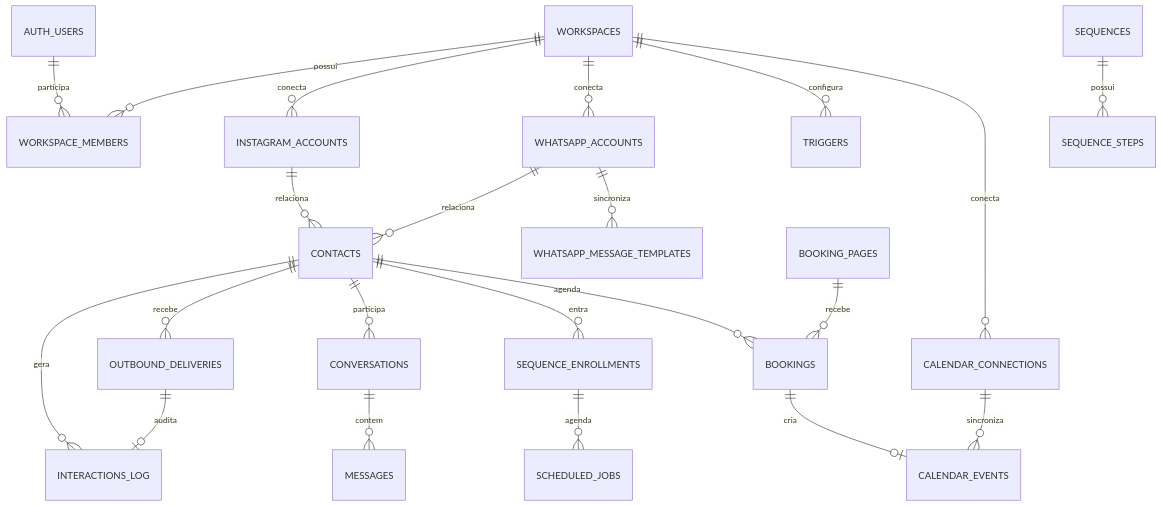
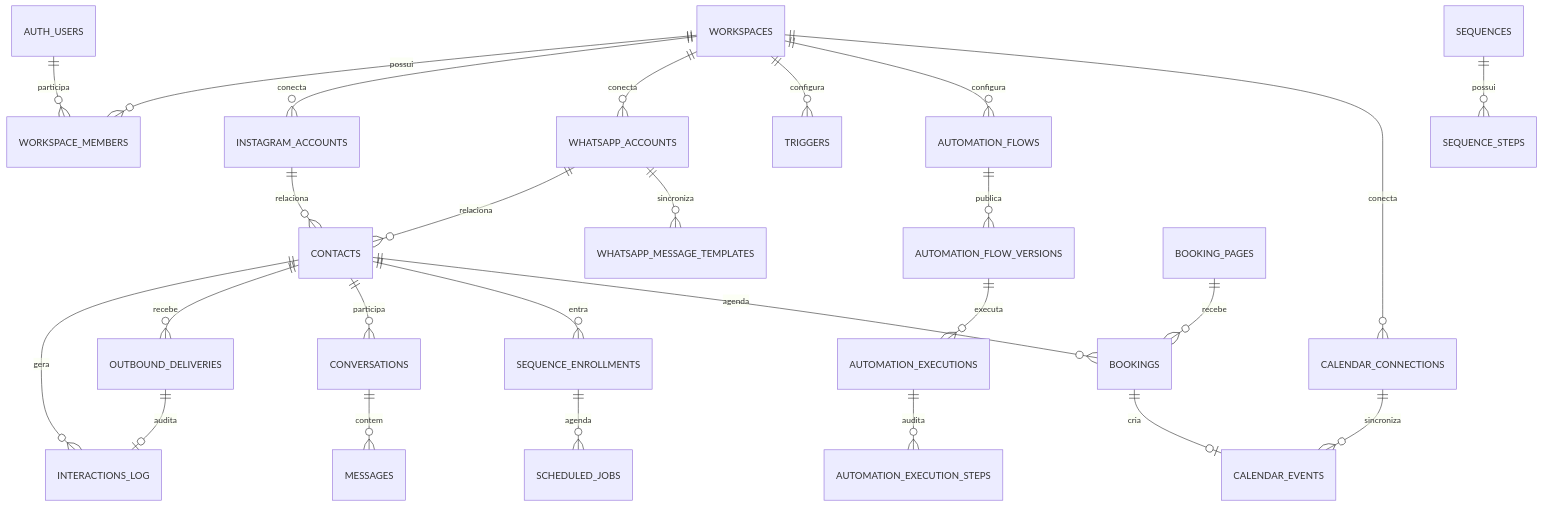
The diagram in docs/BANCO_DE_DADOS.md (ShunWalChin/WalChat), drawn with Mermaid before and after one commit. The commit also changed other lines of this file and 17 other files, not shown here.

````diff
--- a/docs/BANCO_DE_DADOS.md
+++ b/docs/BANCO_DE_DADOS.md
@@ -7,24 +7,28 @@
 ```mermaid
 erDiagram
     AUTH_USERS ||--o{ WORKSPACE_MEMBERS : participa
     WORKSPACES ||--o{ WORKSPACE_MEMBERS : possui
     WORKSPACES ||--o{ INSTAGRAM_ACCOUNTS : conecta
     WORKSPACES ||--o{ WHATSAPP_ACCOUNTS : conecta
     INSTAGRAM_ACCOUNTS ||--o{ CONTACTS : relaciona
     WHATSAPP_ACCOUNTS ||--o{ CONTACTS : relaciona
     WHATSAPP_ACCOUNTS ||--o{ WHATSAPP_MESSAGE_TEMPLATES : sincroniza
     CONTACTS ||--o{ INTERACTIONS_LOG : gera
     CONTACTS ||--o{ OUTBOUND_DELIVERIES : recebe
     OUTBOUND_DELIVERIES ||--o| INTERACTIONS_LOG : audita
     CONTACTS ||--o{ CONVERSATIONS : participa
     CONVERSATIONS ||--o{ MESSAGES : contem
     WORKSPACES ||--o{ TRIGGERS : configura
+    WORKSPACES ||--o{ AUTOMATION_FLOWS : configura
+    AUTOMATION_FLOWS ||--o{ AUTOMATION_FLOW_VERSIONS : publica
+    AUTOMATION_FLOW_VERSIONS ||--o{ AUTOMATION_EXECUTIONS : executa
+    AUTOMATION_EXECUTIONS ||--o{ AUTOMATION_EXECUTION_STEPS : audita
     SEQUENCES ||--o{ SEQUENCE_STEPS : possui
     CONTACTS ||--o{ SEQUENCE_ENROLLMENTS : entra
     SEQUENCE_ENROLLMENTS ||--o{ SCHEDULED_JOBS : agenda
     WORKSPACES ||--o{ CALENDAR_CONNECTIONS : conecta
     CALENDAR_CONNECTIONS ||--o{ CALENDAR_EVENTS : sincroniza
     BOOKING_PAGES ||--o{ BOOKINGS : recebe
     BOOKINGS ||--o| CALENDAR_EVENTS : cria
     CONTACTS ||--o{ BOOKINGS : agenda
 ```
````
